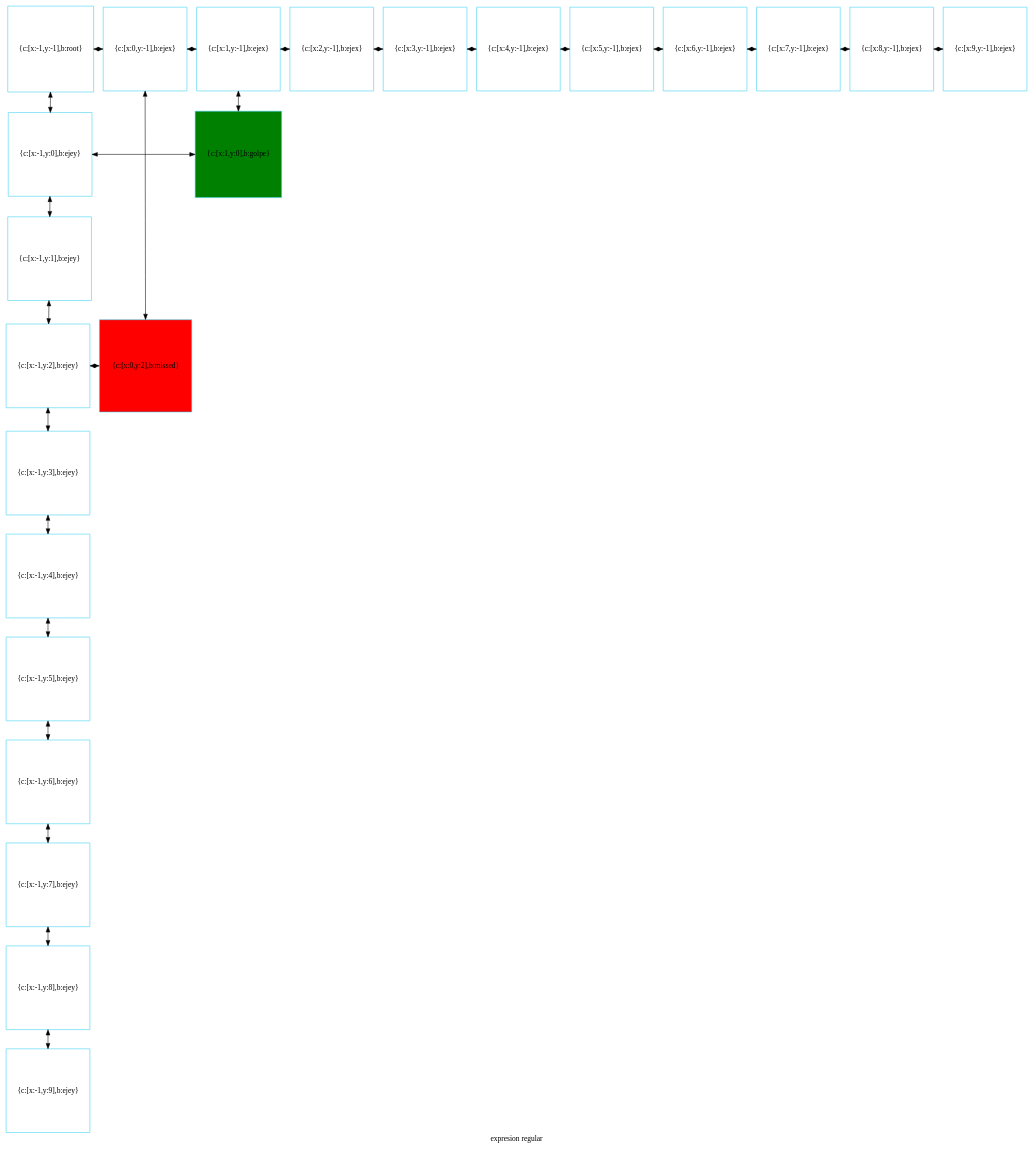
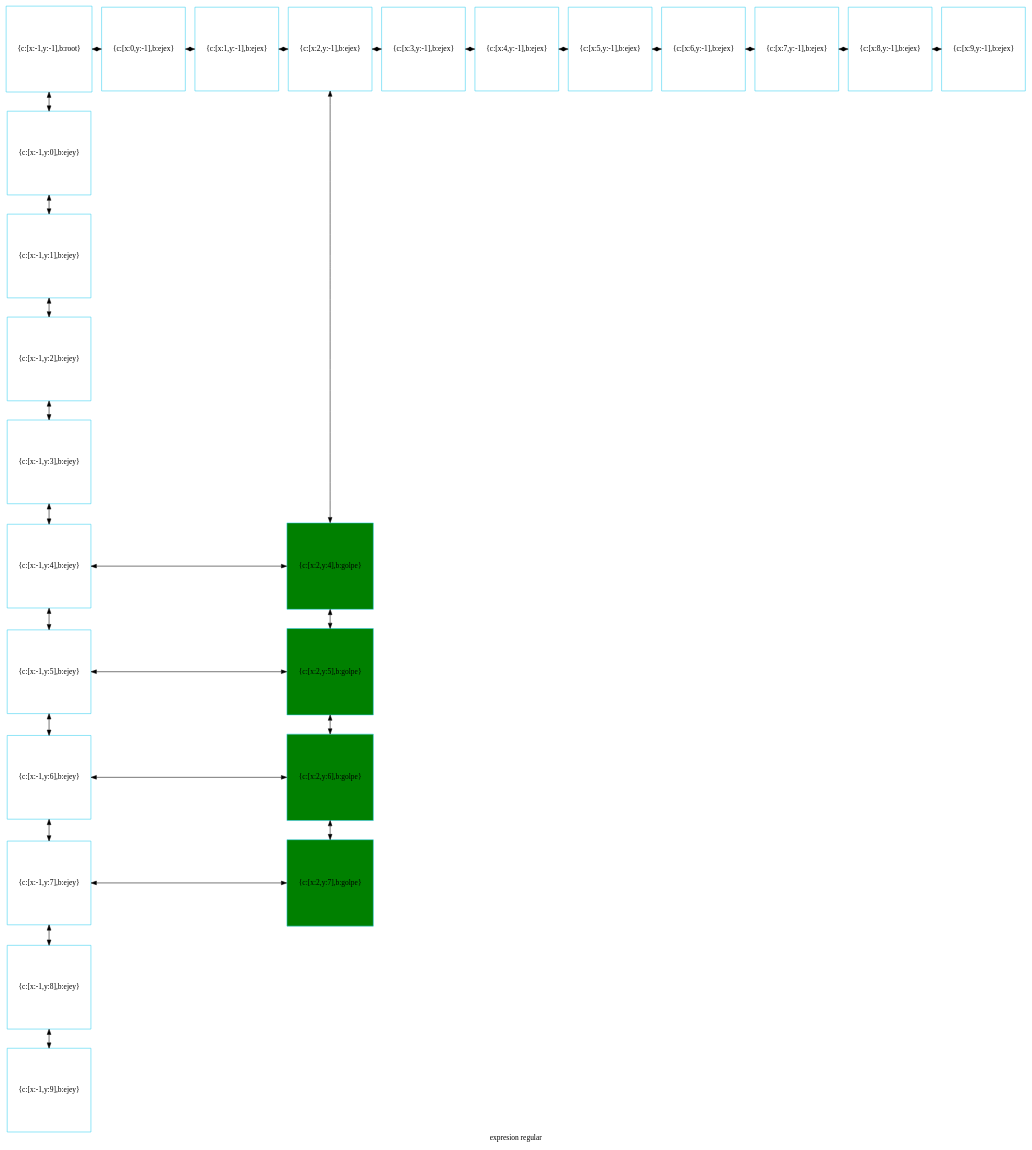
One commit to betebetoven/EDDS2F2 changed the diagram in disp_jug.dot. Above: the diagram before and after it, drawn with Graphviz. The commit also changed 10 other files, not shown here.

```diff
--- a/disp_jug.dot
+++ b/disp_jug.dot
@@ -1,67 +1,73 @@
 digraph G
 {label="expresion regular"
         node[shape = square]
         node[style = filled]
         node[fillcolor = "#EEEEE"]
         node[color = "#EEEEE"]
         node[color = "#31CEF0"]
 
-583535772048[label="{c:[x:-1,y:-1],b:root}",fillcolor = "white"]
-583535772192[label="{c:[x:0,y:-1],b:ejex}",fillcolor = "white"]
-583535772336[label="{c:[x:1,y:-1],b:ejex}",fillcolor = "white"]
-583535772480[label="{c:[x:2,y:-1],b:ejex}",fillcolor = "white"]
-583535772624[label="{c:[x:3,y:-1],b:ejex}",fillcolor = "white"]
-583535772768[label="{c:[x:4,y:-1],b:ejex}",fillcolor = "white"]
-583535772912[label="{c:[x:5,y:-1],b:ejex}",fillcolor = "white"]
-583535773056[label="{c:[x:6,y:-1],b:ejex}",fillcolor = "white"]
-583535773200[label="{c:[x:7,y:-1],b:ejex}",fillcolor = "white"]
-583535773344[label="{c:[x:8,y:-1],b:ejex}",fillcolor = "white"]
-583535773488[label="{c:[x:9,y:-1],b:ejex}",fillcolor = "white"]
-583535773632[label="{c:[x:-1,y:0],b:ejey}",fillcolor = "white"]
-583535735856[label="{c:[x:1,y:0],b:golpe}",fillcolor = "green"]
-583535773776[label="{c:[x:-1,y:1],b:ejey}",fillcolor = "white"]
-583535773920[label="{c:[x:-1,y:2],b:ejey}",fillcolor = "white"]
-583538617984[label="{c:[x:0,y:2],b:missed}",fillcolor = "red"]
-583535774064[label="{c:[x:-1,y:3],b:ejey}",fillcolor = "white"]
-583535774208[label="{c:[x:-1,y:4],b:ejey}",fillcolor = "white"]
-583535774352[label="{c:[x:-1,y:5],b:ejey}",fillcolor = "white"]
-583535774496[label="{c:[x:-1,y:6],b:ejey}",fillcolor = "white"]
-583535774640[label="{c:[x:-1,y:7],b:ejey}",fillcolor = "white"]
-583535774784[label="{c:[x:-1,y:8],b:ejey}",fillcolor = "white"]
-583535774928[label="{c:[x:-1,y:9],b:ejey}",fillcolor = "white"]
-583535772048->583535773632[dir = both];
-583535773632->583535773776[dir = both];
-583535773776->583535773920[dir = both];
-583535773920->583535774064[dir = both];
-583535774064->583535774208[dir = both];
-583535774208->583535774352[dir = both];
-583535774352->583535774496[dir = both];
-583535774496->583535774640[dir = both];
-583535774640->583535774784[dir = both];
-583535774784->583535774928[dir = both];
-583535772192->583538617984[dir = both];
-583535772336->583535735856[dir = both];
-583535772048->583535772192[dir = both];
-583535772192->583535772336[dir = both];
-583535772336->583535772480[dir = both];
-583535772480->583535772624[dir = both];
-583535772624->583535772768[dir = both];
-583535772768->583535772912[dir = both];
-583535772912->583535773056[dir = both];
-583535773056->583535773200[dir = both];
-583535773200->583535773344[dir = both];
-583535773344->583535773488[dir = both];
-583535773632->583535735856[constraint=false,dir = both];
-583535773920->583538617984[constraint=false,dir = both];
- {rank=same; 583535772048;583535772192;583535772336;583535772480;583535772624;583535772768;583535772912;583535773056;583535773200;583535773344;583535773488;}
- {rank=same; 583535773632;583535735856;}
- {rank=same; 583535773776;}
- {rank=same; 583535773920;583538617984;}
- {rank=same; 583535774064;}
- {rank=same; 583535774208;}
- {rank=same; 583535774352;}
- {rank=same; 583535774496;}
- {rank=same; 583535774640;}
- {rank=same; 583535774784;}
- {rank=same; 583535774928;}
+1075654660160[label="{c:[x:-1,y:-1],b:root}",fillcolor = "white"]
+1075654660304[label="{c:[x:0,y:-1],b:ejex}",fillcolor = "white"]
+1075654660448[label="{c:[x:1,y:-1],b:ejex}",fillcolor = "white"]
+1075654660592[label="{c:[x:2,y:-1],b:ejex}",fillcolor = "white"]
+1075654660736[label="{c:[x:3,y:-1],b:ejex}",fillcolor = "white"]
+1075654660880[label="{c:[x:4,y:-1],b:ejex}",fillcolor = "white"]
+1075654661024[label="{c:[x:5,y:-1],b:ejex}",fillcolor = "white"]
+1075654661168[label="{c:[x:6,y:-1],b:ejex}",fillcolor = "white"]
+1075654661312[label="{c:[x:7,y:-1],b:ejex}",fillcolor = "white"]
+1075654661456[label="{c:[x:8,y:-1],b:ejex}",fillcolor = "white"]
+1075654661600[label="{c:[x:9,y:-1],b:ejex}",fillcolor = "white"]
+1075654661744[label="{c:[x:-1,y:0],b:ejey}",fillcolor = "white"]
+1075654661888[label="{c:[x:-1,y:1],b:ejey}",fillcolor = "white"]
+1075654662032[label="{c:[x:-1,y:2],b:ejey}",fillcolor = "white"]
+1075654662176[label="{c:[x:-1,y:3],b:ejey}",fillcolor = "white"]
+1075654662320[label="{c:[x:-1,y:4],b:ejey}",fillcolor = "white"]
+1075654599152[label="{c:[x:2,y:4],b:golpe}",fillcolor = "green"]
+1075654662464[label="{c:[x:-1,y:5],b:ejey}",fillcolor = "white"]
+1075654599488[label="{c:[x:2,y:5],b:golpe}",fillcolor = "green"]
+1075654662608[label="{c:[x:-1,y:6],b:ejey}",fillcolor = "white"]
+1075654599824[label="{c:[x:2,y:6],b:golpe}",fillcolor = "green"]
+1075654662752[label="{c:[x:-1,y:7],b:ejey}",fillcolor = "white"]
+1075654600160[label="{c:[x:2,y:7],b:golpe}",fillcolor = "green"]
+1075654662896[label="{c:[x:-1,y:8],b:ejey}",fillcolor = "white"]
+1075654663040[label="{c:[x:-1,y:9],b:ejey}",fillcolor = "white"]
+1075654660160->1075654661744[dir = both];
+1075654661744->1075654661888[dir = both];
+1075654661888->1075654662032[dir = both];
+1075654662032->1075654662176[dir = both];
+1075654662176->1075654662320[dir = both];
+1075654662320->1075654662464[dir = both];
+1075654662464->1075654662608[dir = both];
+1075654662608->1075654662752[dir = both];
+1075654662752->1075654662896[dir = both];
+1075654662896->1075654663040[dir = both];
+1075654660592->1075654599152[dir = both];
+1075654599152->1075654599488[dir = both];
+1075654599488->1075654599824[dir = both];
+1075654599824->1075654600160[dir = both];
+1075654660160->1075654660304[dir = both];
+1075654660304->1075654660448[dir = both];
+1075654660448->1075654660592[dir = both];
+1075654660592->1075654660736[dir = both];
+1075654660736->1075654660880[dir = both];
+1075654660880->1075654661024[dir = both];
+1075654661024->1075654661168[dir = both];
+1075654661168->1075654661312[dir = both];
+1075654661312->1075654661456[dir = both];
+1075654661456->1075654661600[dir = both];
+1075654662320->1075654599152[constraint=false,dir = both];
+1075654662464->1075654599488[constraint=false,dir = both];
+1075654662608->1075654599824[constraint=false,dir = both];
+1075654662752->1075654600160[constraint=false,dir = both];
+ {rank=same; 1075654660160;1075654660304;1075654660448;1075654660592;1075654660736;1075654660880;1075654661024;1075654661168;1075654661312;1075654661456;1075654661600;}
+ {rank=same; 1075654661744;}
+ {rank=same; 1075654661888;}
+ {rank=same; 1075654662032;}
+ {rank=same; 1075654662176;}
+ {rank=same; 1075654662320;1075654599152;}
+ {rank=same; 1075654662464;1075654599488;}
+ {rank=same; 1075654662608;1075654599824;}
+ {rank=same; 1075654662752;1075654600160;}
+ {rank=same; 1075654662896;}
+ {rank=same; 1075654663040;}
 }
```
